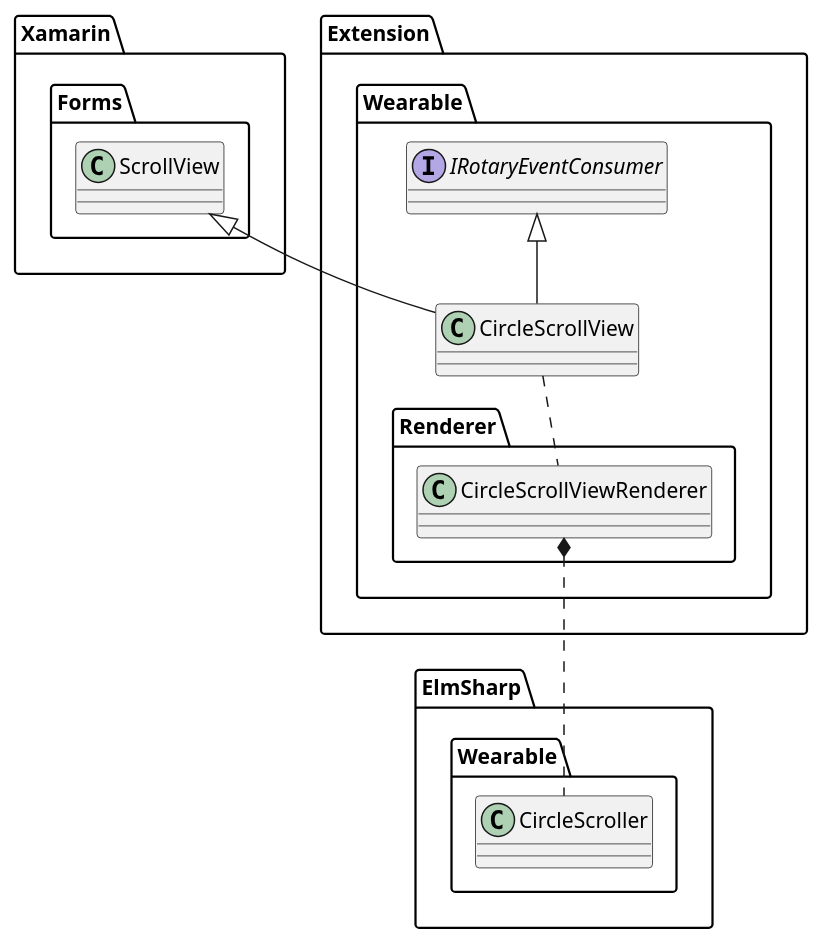
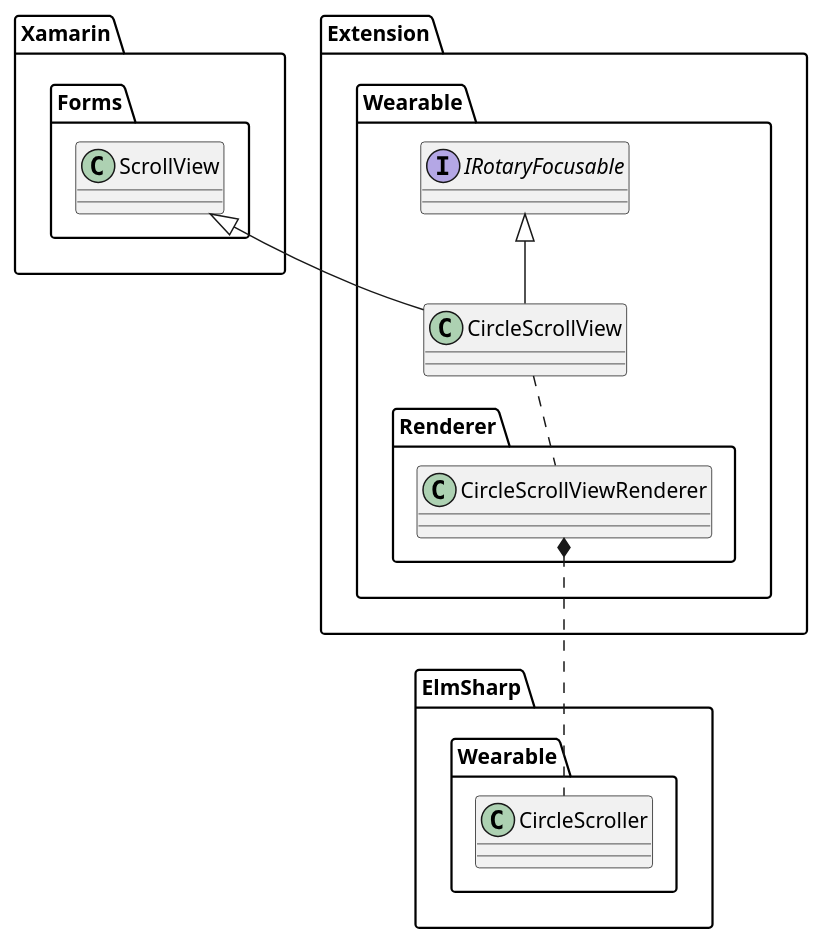
One commit to Samsung/Tizen.CircularUI changed the eighth of 15 diagrams in doc/design/uml/CirclePage.wsd. Above: the diagram before and after it, drawn with PlantUML. The commit also changed other lines of this file and 36 other files, not shown here.

```diff
--- a/doc/design/uml/CirclePage.wsd
+++ b/doc/design/uml/CirclePage.wsd
@@ -250,23 +237,23 @@
 @startuml CircleScrollView.png
 package "Xamarin.Forms" {
     class ScrollView
 }
 
 package "Extension.Wearable" {
-    interface IRotaryEventConsumer
+    interface IRotaryFocusable
     class CircleScrollView
 
     CircleScrollView -u-|> ScrollView
-    CircleScrollView -u-|> IRotaryEventConsumer
+    CircleScrollView -u-|> IRotaryFocusable
 }
 
 package "Extension.Wearable.Renderer" {
     class CircleScrollViewRenderer
     CircleScrollViewRenderer .u. CircleScrollView
 }
 
 package "ElmSharp.Wearable" {
     class CircleScroller
     CircleScrollViewRenderer *.d. CircleScroller
 }
 @enduml
```
